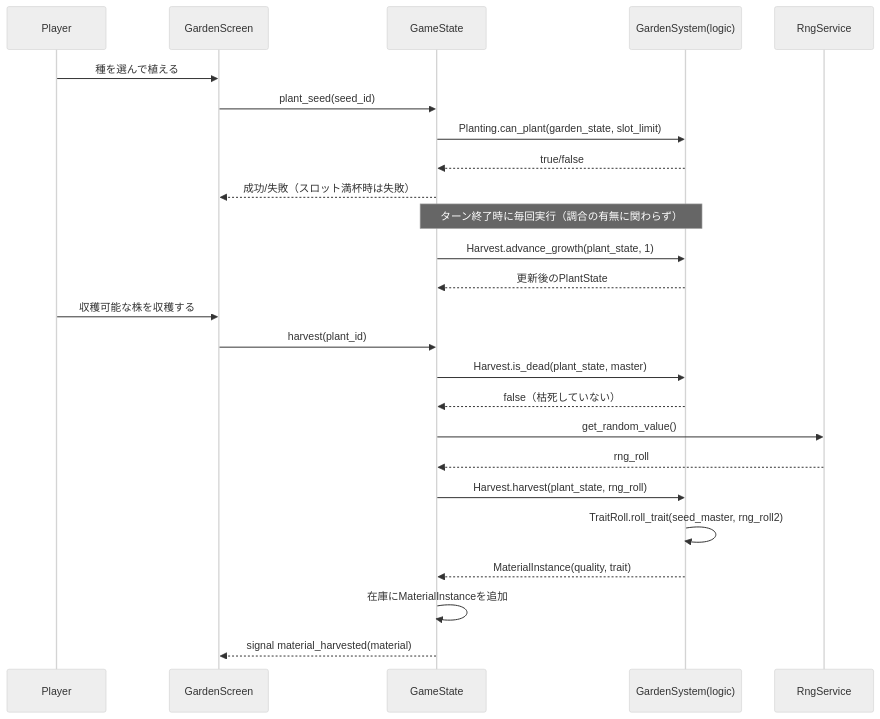
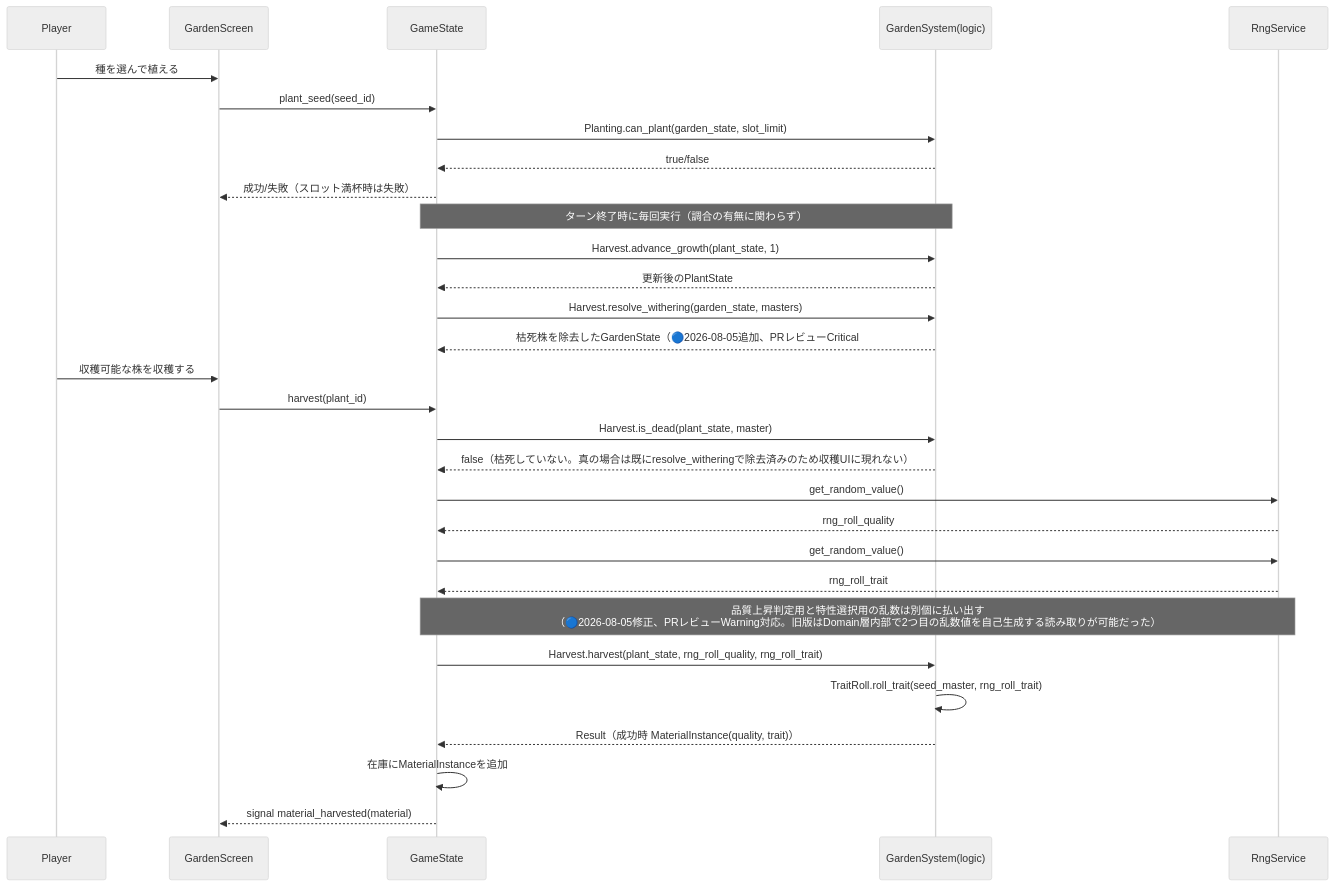
Before and after one commit to yaguma/alchemy-atelier: the third of 5 diagrams in docs/design/atelier-alchemy-core/dataflow.md, drawn with Mermaid (neutral theme). The commit also changed other lines of this file and 12 other files, not shown here.

````diff
--- a/docs/design/atelier-alchemy-core/dataflow.md
+++ b/docs/design/atelier-alchemy-core/dataflow.md
@@ -103,30 +106,35 @@
 ```mermaid
 sequenceDiagram
     participant Player
     participant GardenUI as GardenScreen
     participant GameState
     participant GardenLogic as GardenSystem(logic)
     participant RngService
 
     Player->>GardenUI: 種を選んで植える
     GardenUI->>GameState: plant_seed(seed_id)
     GameState->>GardenLogic: Planting.can_plant(garden_state, slot_limit)
     GardenLogic-->>GameState: true/false
     GameState-->>GardenUI: 成功/失敗（スロット満杯時は失敗）
 
     Note over GameState,GardenLogic: ターン終了時に毎回実行（調合の有無に関わらず）
     GameState->>GardenLogic: Harvest.advance_growth(plant_state, 1)
     GardenLogic-->>GameState: 更新後のPlantState
+    GameState->>GardenLogic: Harvest.resolve_withering(garden_state, masters)
+    GardenLogic-->>GameState: 枯死株を除去したGardenState（🔵2026-08-05追加、PRレビューCritical#11対応。プレイヤーが収穫しなくても自動でスロットが解放される）
 
     Player->>GardenUI: 収穫可能な株を収穫する
     GardenUI->>GameState: harvest(plant_id)
     GameState->>GardenLogic: Harvest.is_dead(plant_state, master)
-    GardenLogic-->>GameState: false（枯死していない）
+    GardenLogic-->>GameState: false（枯死していない。真の場合は既にresolve_witheringで除去済みのため収穫UIに現れない）
     GameState->>RngService: get_random_value()
-    RngService-->>GameState: rng_roll
-    GameState->>GardenLogic: Harvest.harvest(plant_state, rng_roll)
-    GardenLogic->>GardenLogic: TraitRoll.roll_trait(seed_master, rng_roll2)
-    GardenLogic-->>GameState: MaterialInstance(quality, trait)
+    RngService-->>GameState: rng_roll_quality
+    GameState->>RngService: get_random_value()
+    RngService-->>GameState: rng_roll_trait
+    Note over GameState,RngService: 品質上昇判定用と特性選択用の乱数は別個に払い出す<br/>（🔵2026-08-05修正、PRレビューWarning対応。旧版はDomain層内部で2つ目の乱数値を自己生成する読み取りが可能だった）
+    GameState->>GardenLogic: Harvest.harvest(plant_state, rng_roll_quality, rng_roll_trait)
+    GardenLogic->>GardenLogic: TraitRoll.roll_trait(seed_master, rng_roll_trait)
+    GardenLogic-->>GameState: Result（成功時 MaterialInstance(quality, trait)）
     GameState->>GameState: 在庫にMaterialInstanceを追加
     GameState-->>GardenUI: signal material_harvested(material)
 ```
````
